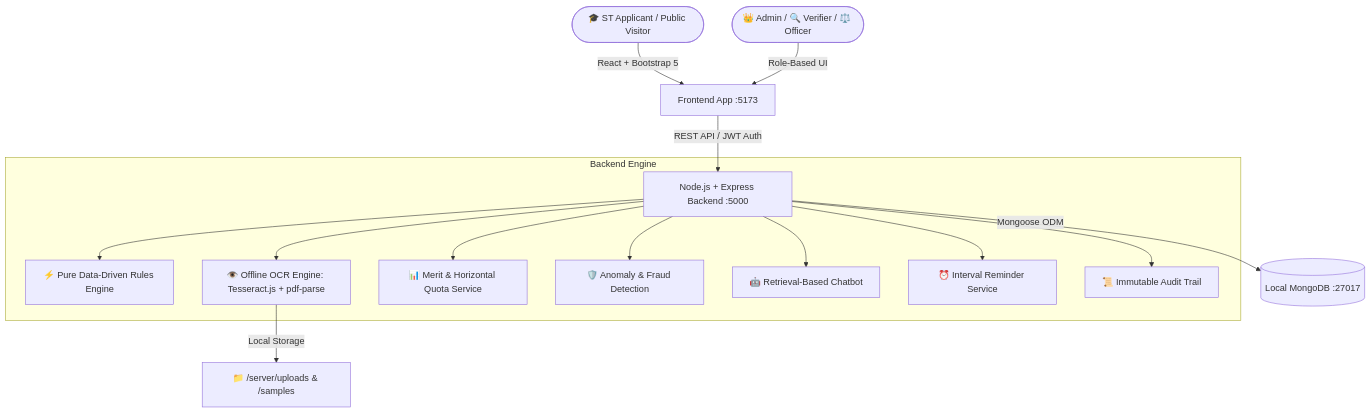
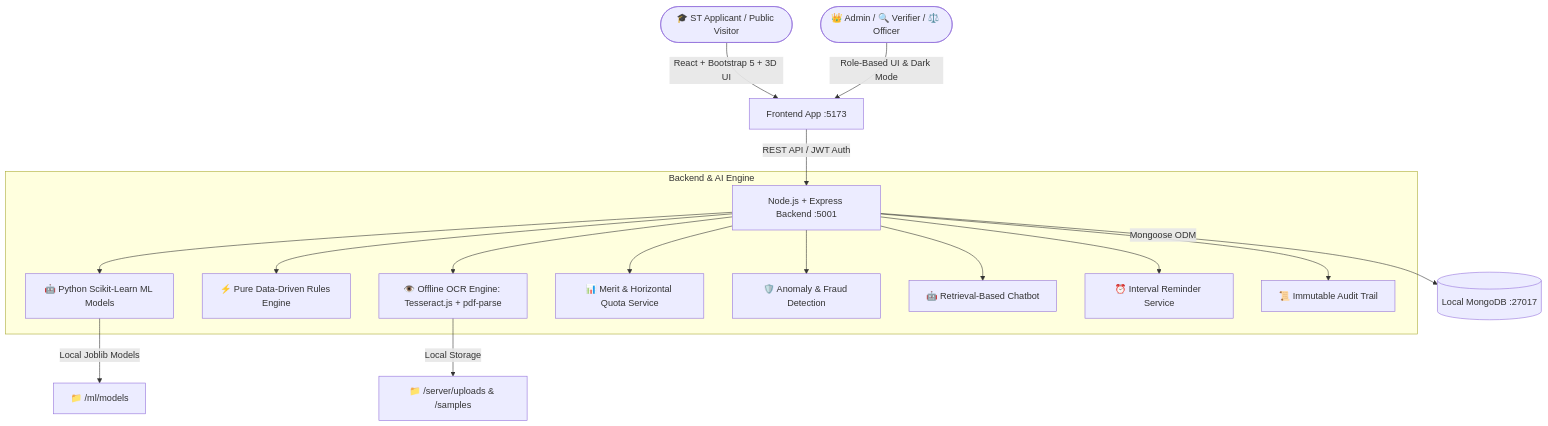
One commit to piyushkashyap160-spec/AI-Enabled-Scholarship-Fellowship-Management-System changed the diagram in README.md. Above: the diagram before and after it, drawn with Mermaid. The commit also changed other lines of this file and 1 other file, not shown here.

````diff
--- a/README.md
+++ b/README.md
@@ -23,20 +20,22 @@
 ```mermaid
 graph TD
-    User([🎓 ST Applicant / Public Visitor]) -->|React + Bootstrap 5| Client[Frontend App :5173]
-    Staff([👑 Admin / 🔍 Verifier / ⚖️ Officer]) -->|Role-Based UI| Client
+    User([🎓 ST Applicant / Public Visitor]) -->|React + Bootstrap 5 + 3D UI| Client[Frontend App :5173]
+    Staff([👑 Admin / 🔍 Verifier / ⚖️ Officer]) -->|Role-Based UI & Dark Mode| Client
 
-    Client -->|REST API / JWT Auth| Server[Node.js + Express Backend :5000]
+    Client -->|REST API / JWT Auth| Server[Node.js + Express Backend :5001]
 
-    subgraph Backend Engine
+    subgraph Backend & AI Engine
+        Server --> MLService[🤖 Python Scikit-Learn ML Models]
         Server --> RulesEngine[⚡ Pure Data-Driven Rules Engine]
         Server --> OCREngine[👁️ Offline OCR Engine: Tesseract.js + pdf-parse]
         Server --> MeritEngine[📊 Merit & Horizontal Quota Service]
         Server --> FraudEngine[🛡️ Anomaly & Fraud Detection]
         Server --> ChatbotEngine[🤖 Retrieval-Based Chatbot]
         Server --> ReminderEngine[⏰ Interval Reminder Service]
         Server --> AuditEngine[📜 Immutable Audit Trail]
     end
 
     Server -->|Mongoose ODM| DB[(Local MongoDB :27017)]
+    MLService -->|Local Joblib Models| MLModels[📁 /ml/models]
     OCREngine -->|Local Storage| UploadsDir[📁 /server/uploads & /samples]
 ```
````
